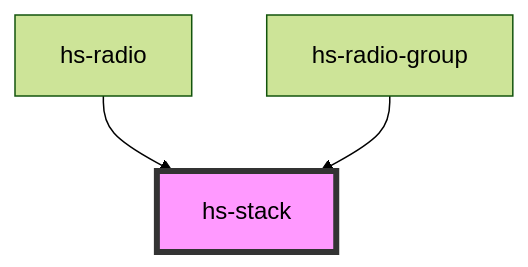
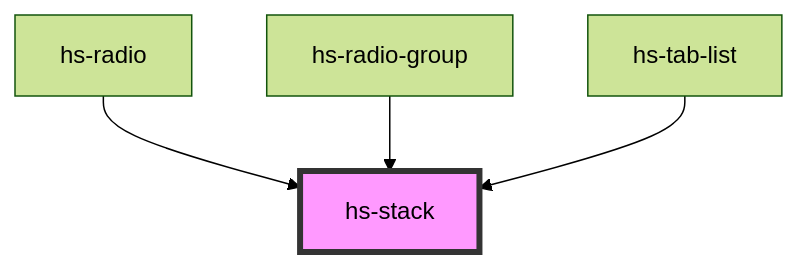
Before and after one commit to deeleman/design-system-boilerplate: the diagram in src/components/hs-stack/readme.md, drawn with Mermaid (forest theme). The commit also changed other lines of this file and 10 other files, not shown here.

````diff
--- a/src/components/hs-stack/readme.md
+++ b/src/components/hs-stack/readme.md
@@ -37,6 +38,7 @@
 ```mermaid
 graph TD;
   hs-radio --> hs-stack
   hs-radio-group --> hs-stack
+  hs-tab-list --> hs-stack
   style hs-stack fill:#f9f,stroke:#333,stroke-width:4px
 ```
````
